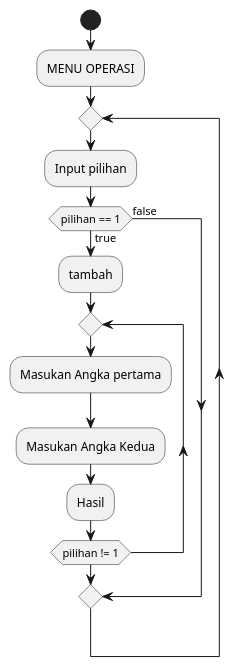
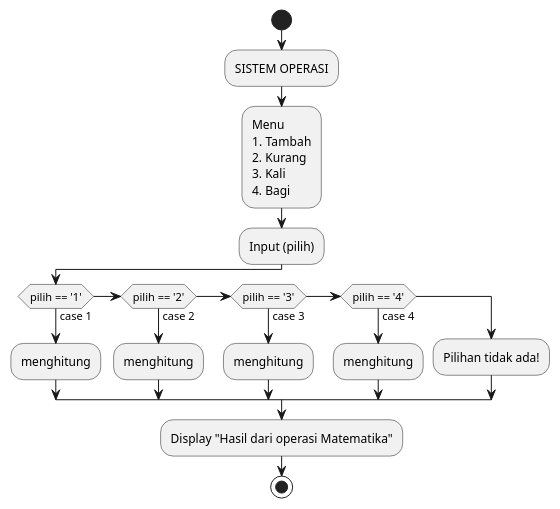
One commit to Frizz2301/FRZ changed the diagram in soal-uts/studikasus.puml. Above: the diagram before and after it, drawn with PlantUML. The commit also changed 1 other file, not shown here.

```diff
--- a/soal-uts/studikasus.puml
+++ b/soal-uts/studikasus.puml
@@ -1,21 +1,25 @@
 @startuml
 start
 
-:MENU OPERASI;
-repeat
-  :Input pilihan;
-  if (pilihan == 1) then (true)
-  :tambah;
-    repeat
-      :Masukan Angka pertama;
-      :Masukan Angka Kedua;
-      :Hasil;
-    repeat while (pilihan != 1)
-  else (false)
-
-
-
-
-
+:SISTEM OPERASI;
+:Menu
+1. Tambah
+2. Kurang
+3. Kali
+4. Bagi;
+:Input (pilih);
+if (pilih == '1') then (case 1)
+        :menghitung;
+else if (pilih == '2') then (case 2)
+        :menghitung;
+else if (pilih == '3') then (case 3)
+        :menghitung;
+else if (pilih == '4') then (case 4)
+        :menghitung;
+else
+        :Pilihan tidak ada!;
+endif 
+:Display "Hasil dari operasi Matematika";
+stop
 
 @enduml
```
